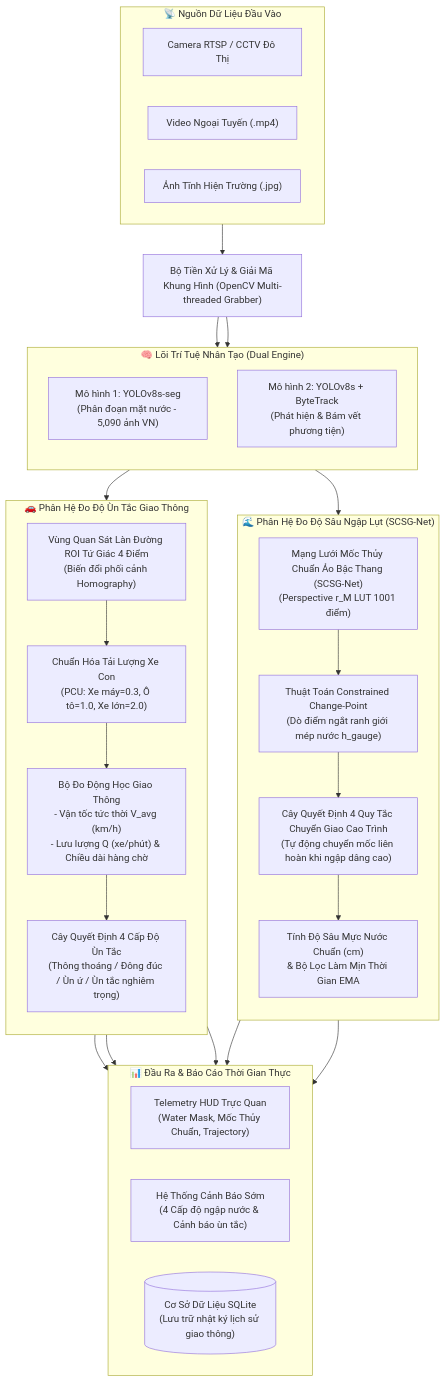
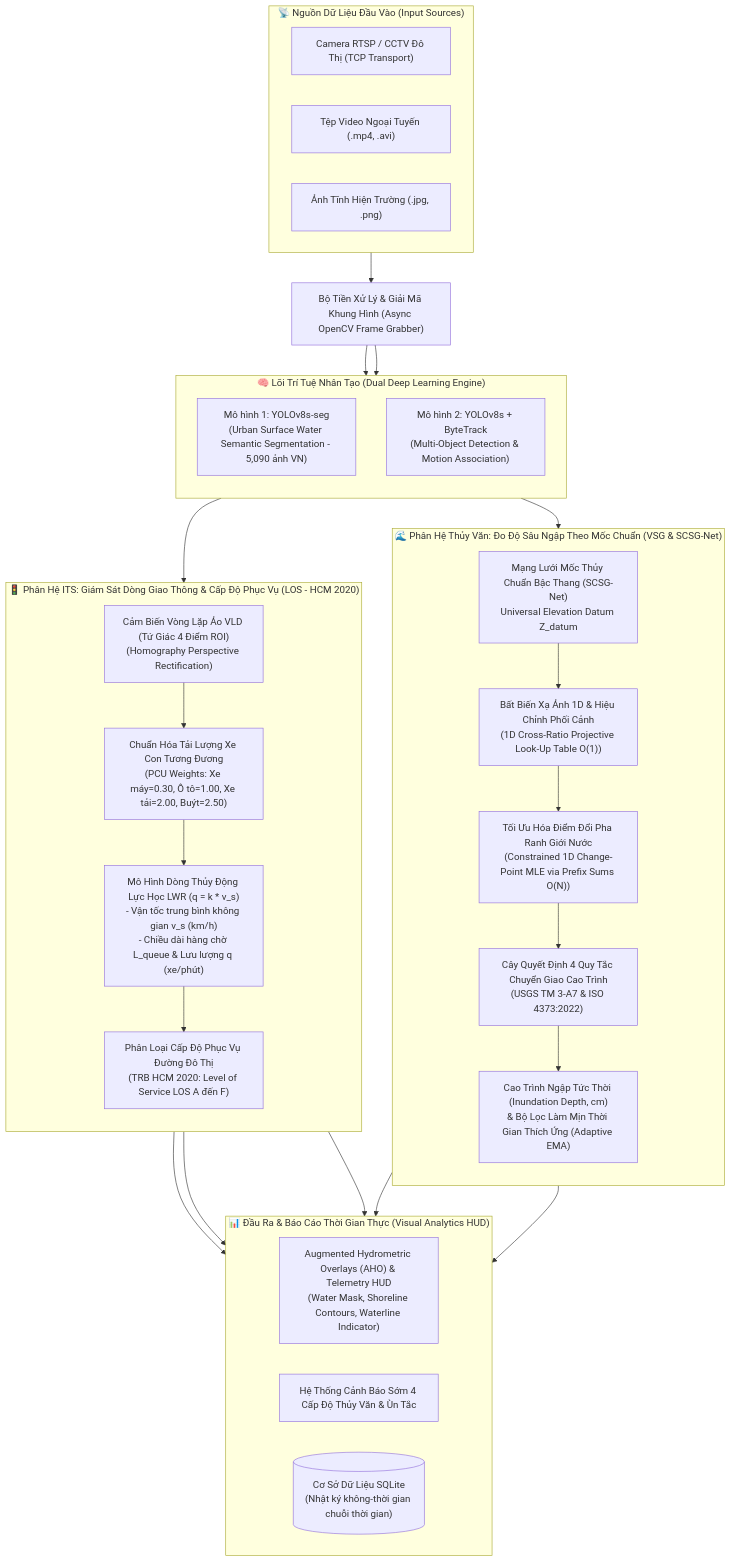
Before and after one commit to NguyenThanhThiet87/-AI-Urban-Flood-Traffic: the diagram in README.md, drawn with Mermaid. The commit also changed other lines of this file, not shown here.

````diff
--- a/README.md
+++ b/README.md
@@ -39,65 +42,67 @@
 ```mermaid
 flowchart TD
     %% Input Sources
-    subgraph INPUT["📡 Nguồn Dữ Liệu Đầu Vào"]
+    subgraph INPUT["📡 Nguồn Dữ Liệu Đầu Vào (Input Sources)"]
         direction LR
-        IN_RTSP["Camera RTSP / CCTV Đô Thị"]
-        IN_VID["Video Ngoại Tuyến (.mp4)"]
-        IN_IMG["Ảnh Tĩnh Hiện Trường (.jpg)"]
+        IN_RTSP["Camera RTSP / CCTV Đô Thị (TCP Transport)"]
+        IN_VID["Tệp Video Ngoại Tuyến (.mp4, .avi)"]
+        IN_IMG["Ảnh Tĩnh Hiện Trường (.jpg, .png)"]
     end
 
-    INPUT --> PREPROC["Bộ Tiền Xử Lý & Giải Mã Khung Hình (OpenCV Multi-threaded Grabber)"]
+    INPUT --> PREPROC["Bộ Tiền Xử Lý & Giải Mã Khung Hình (Async OpenCV Frame Grabber)"]
 
     %% AI Core
-    subgraph AI_CORE["🧠 Lõi Trí Tuệ Nhân Tạo (Dual Engine)"]
+    subgraph AI_CORE["🧠 Lõi Trí Tuệ Nhân Tạo (Dual Deep Learning Engine)"]
         direction TB
-        YOLO_SEG["Mô hình 1: YOLOv8s-seg<br/>(Phân đoạn mặt nước - 5,090 ảnh VN)"]
-        YOLO_DET["Mô hình 2: YOLOv8s + ByteTrack<br/>(Phát hiện & Bám vết phương tiện)"]
+        YOLO_SEG["Mô hình 1: YOLOv8s-seg<br/>(Urban Surface Water Semantic Segmentation - 5,090 ảnh VN)"]
+        YOLO_DET["Mô hình 2: YOLOv8s + ByteTrack<br/>(Multi-Object Detection & Motion Association)"]
     end
 
     PREPROC --> YOLO_SEG
     PREPROC --> YOLO_DET
 
     %% Phân hệ 1: Đo độ sâu nước ngập
-    subgraph TAB1["🌊 Phân Hệ Đo Độ Sâu Ngập Lụt (SCSG-Net)"]
+    subgraph SUB1["🌊 Phân Hệ Thủy Văn: Đo Độ Sâu Ngập Theo Mốc Chuẩn (VSG & SCSG-Net)"]
         direction TB
-        GAUGE["Mạng Lưới Mốc Thủy Chuẩn Ảo Bậc Thang (SCSG-Net)<br/>(Perspective r_M LUT 1001 điểm)"]
-        CHANGE_POINT["Thuật Toán Constrained Change-Point<br/>(Dò điểm ngắt ranh giới mép nước h_gauge)"]
-        CASCADING["Cây Quyết Định 4 Quy Tắc Chuyển Giao Cao Trình<br/>(Tự động chuyển mốc liên hoàn khi ngập dâng cao)"]
-        FLOOD_DEPTH["Tính Độ Sâu Mực Nước Chuẩn (cm)<br/>& Bộ Lọc Làm Mịn Thời Gian EMA"]
+        GAUGE["Mạng Lưới Mốc Thủy Chuẩn Bậc Thang (SCSG-Net)<br/>Universal Elevation Datum Z_datum"]
+        PROJ_LUT["Bất Biến Xạ Ảnh 1D & Hiệu Chỉnh Phối Cảnh<br/>(1D Cross-Ratio Projective Look-Up Table O(1))"]
+        CHANGE_POINT["Tối Ưu Hóa Điểm Đổi Pha Ranh Giới Nước<br/>(Constrained 1D Change-Point MLE via Prefix Sums O(N))"]
+        CASCADING["Cây Quyết Định 4 Quy Tắc Chuyển Giao Cao Trình<br/>(USGS TM 3-A7 & ISO 4373:2022)"]
+        FLOOD_DEPTH["Cao Trình Ngập Tức Thời (Inundation Depth, cm)<br/>& Bộ Lọc Làm Mịn Thời Gian Thích Ứng (Adaptive EMA)"]
 
-        GAUGE --> CHANGE_POINT
+        GAUGE --> PROJ_LUT
+        PROJ_LUT --> CHANGE_POINT
         CHANGE_POINT --> CASCADING
         CASCADING --> FLOOD_DEPTH
     end
 
     %% Phân hệ 2: Đo độ ùn tắc giao thông
-    subgraph TAB2["🚗 Phân Hệ Đo Độ Ùn Tắc Giao Thông"]
+    subgraph SUB2["🚦 Phân Hệ ITS: Giám Sát Dòng Giao Thông & Cấp Độ Phục Vụ (LOS - HCM 2020)"]
         direction TB
-        ROI["Vùng Quan Sát Làn Đường ROI Tứ Giác 4 Điểm<br/>(Biến đổi phối cảnh Homography)"]
-        PCU["Chuẩn Hóa Tải Lượng Xe Con<br/>(PCU: Xe máy=0.3, Ô tô=1.0, Xe lớn=2.0)"]
-        METRICS["Bộ Đo Động Học Giao Thông<br/>- Vận tốc tức thời V_avg (km/h)<br/>- Lưu lượng Q (xe/phút) & Chiều dài hàng chờ"]
-        STATE["Cây Quyết Định 4 Cấp Độ Ùn Tắc<br/>(Thông thoáng / Đông đúc / Ùn ứ / Ùn tắc nghiêm trọng)"]
+        ROI["Cảm Biến Vòng Lặp Ảo VLD (Tứ Giác 4 Điểm ROI)<br/>(Homography Perspective Rectification)"]
+        PCU["Chuẩn Hóa Tải Lượng Xe Con Tương Đương<br/>(PCU Weights: Xe máy=0.30, Ô tô=1.00, Xe tải=2.00, Buýt=2.50)"]
+        METRICS["Mô Hình Dòng Thủy Động Lực Học LWR (q = k * v_s)<br/>- Vận tốc trung bình không gian v_s (km/h)<br/>- Chiều dài hàng chờ L_queue & Lưu lượng q (xe/phút)"]
+        STATE["Phân Loại Cấp Độ Phục Vụ Đường Đô Thị<br/>(TRB HCM 2020: Level of Service LOS A đến F)"]
 
         ROI --> PCU
         PCU --> METRICS
         METRICS --> STATE
     end
 
     YOLO_SEG --> CHANGE_POINT
     YOLO_DET --> ROI
 
     %% Outputs
-    subgraph OUTPUT["📊 Đầu Ra & Báo Cáo Thời Gian Thực"]
+    subgraph OUTPUT["📊 Đầu Ra & Báo Cáo Thời Gian Thực (Visual Analytics HUD)"]
         direction LR
-        HUD["Telemetry HUD Trực Quan<br/>(Water Mask, Mốc Thủy Chuẩn, Trajectory)"]
-        ALARM["Hệ Thống Cảnh Báo Sớm<br/>(4 Cấp độ ngập nước & Cảnh báo ùn tắc)"]
-        DB[("Cơ Sở Dữ Liệu SQLite<br/>(Lưu trữ nhật ký lịch sử giao thông)")]
+        HUD["Augmented Hydrometric Overlays (AHO) & Telemetry HUD<br/>(Water Mask, Shoreline Contours, Waterline Indicator)"]
+        ALARM["Hệ Thống Cảnh Báo Sớm 4 Cấp Độ Thủy Văn & Ùn Tắc"]
+        DB[("Cơ Sở Dữ Liệu SQLite<br/>(Nhật ký không-thời gian chuỗi thời gian)")]
     end
 
     FLOOD_DEPTH --> HUD
     FLOOD_DEPTH --> ALARM
     STATE --> HUD
     STATE --> ALARM
     STATE --> DB
 ```
````
